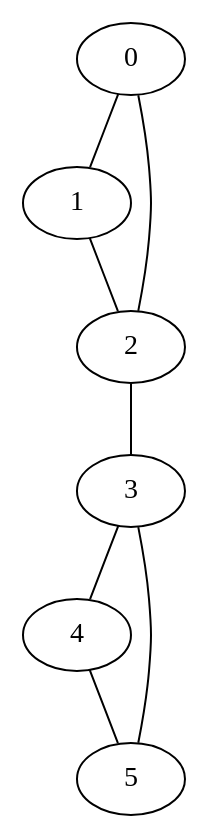
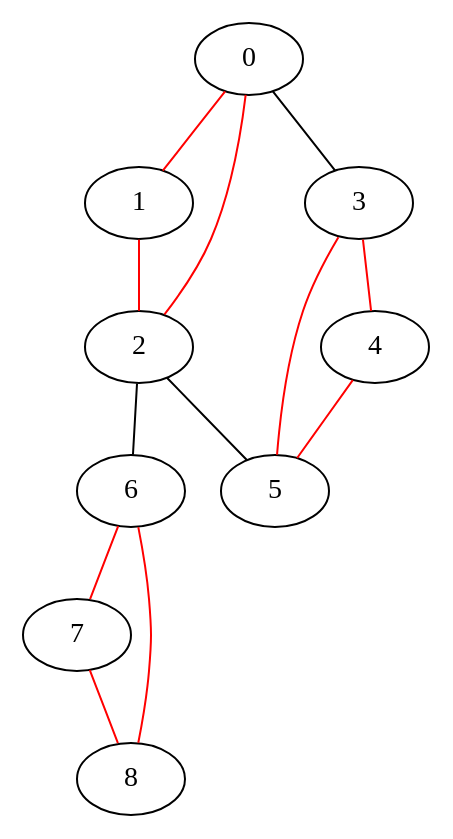
The diagram in ProjetCOCA2/graph.dot (fmorel002/CoCa), drawn with Graphviz before and after one commit. The commit also changed 4 other files, not shown here.

```diff
--- a/ProjetCOCA2/graph.dot
+++ b/ProjetCOCA2/graph.dot
@@ -1,9 +1,14 @@
 graph {
-0 -- 1;
-0 -- 2;
-1 -- 2;
-2 -- 3;
-3 -- 4;
-3 -- 5;
-4 -- 5;
+0 -- 1 [color=red];
+0 -- 2 [color=red];
+0 -- 3;
+1 -- 2 [color=red];
+2 -- 5;
+2 -- 6;
+3 -- 4 [color=red];
+3 -- 5 [color=red];
+4 -- 5 [color=red];
+6 -- 7 [color=red];
+6 -- 8 [color=red];
+7 -- 8 [color=red];
 }
```
